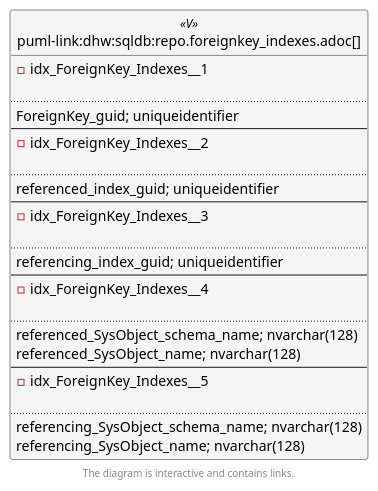
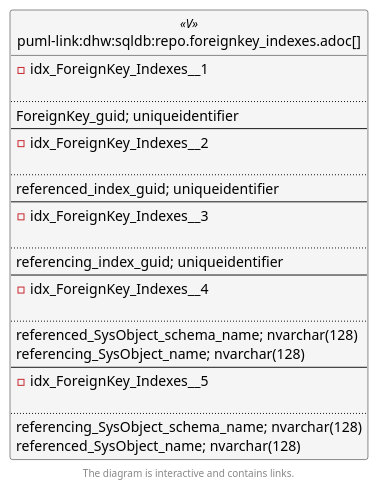
Before and after one commit to DataHandwerk/dhw-antora-sqldb: the second of 6 diagrams in docs/modules/sqldb/partials/content/repo.foreignkey_indexes.adoc, drawn with PlantUML. The commit also changed other lines of this file and 701 other files, not shown here.

```diff
--- a/docs/modules/sqldb/partials/content/repo.foreignkey_indexes.adoc
+++ b/docs/modules/sqldb/partials/content/repo.foreignkey_indexes.adoc
@@ -1158,65 +1158,65 @@
 [plantuml, entity_1_1_fk-{docname}, svg, subs=macros]
 ....
 @startuml
 left to right direction
 'top to bottom direction
 hide circle
 'avoide "." issues:
 set namespaceSeparator none
 
 
 skinparam class {
   BackgroundColor White
   BackgroundColor<<FN>> Yellow
   BackgroundColor<<FS>> Yellow
   BackgroundColor<<FT>> LightGray
   BackgroundColor<<IF>> Yellow
   BackgroundColor<<IS>> Yellow
   BackgroundColor<<P>>  Aqua
   BackgroundColor<<PC>> Aqua
   BackgroundColor<<SN>> Yellow
   BackgroundColor<<SO>> SlateBlue
   BackgroundColor<<TF>> LightGray
   BackgroundColor<<TR>> Tomato
   BackgroundColor<<U>>  White
   BackgroundColor<<V>>  WhiteSmoke
   BackgroundColor<<X>>  Aqua
   BackgroundColor<<external>> AliceBlue
 }
 
 
 entity "puml-link:dhw:sqldb:repo.foreignkey_indexes.adoc[]" as repo.ForeignKey_Indexes << V >> {
 - idx_ForeignKey_Indexes__1
 
 ..
 ForeignKey_guid; uniqueidentifier
 --
 - idx_ForeignKey_Indexes__2
 
 ..
 referenced_index_guid; uniqueidentifier
 --
 - idx_ForeignKey_Indexes__3
 
 ..
 referencing_index_guid; uniqueidentifier
 --
 - idx_ForeignKey_Indexes__4
 
 ..
 referenced_SysObject_schema_name; nvarchar(128)
-referenced_SysObject_name; nvarchar(128)
+referencing_SysObject_name; nvarchar(128)
 --
 - idx_ForeignKey_Indexes__5
 
 ..
 referencing_SysObject_schema_name; nvarchar(128)
-referencing_SysObject_name; nvarchar(128)
+referenced_SysObject_name; nvarchar(128)
 }
 
 
 
 footer The diagram is interactive and contains links.
 
 @enduml
 ....
```
